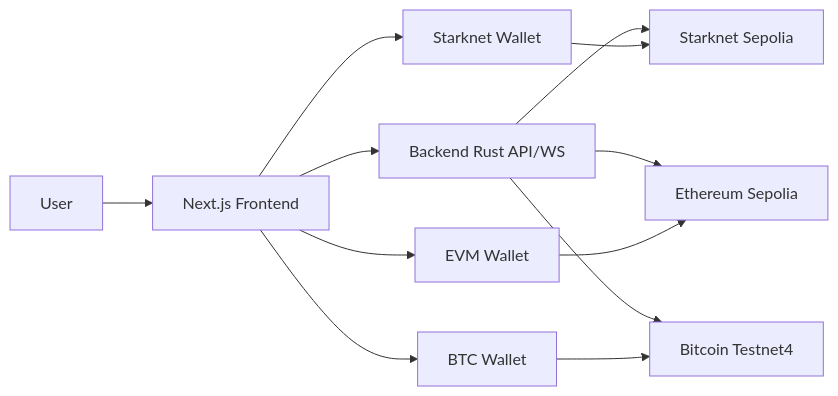
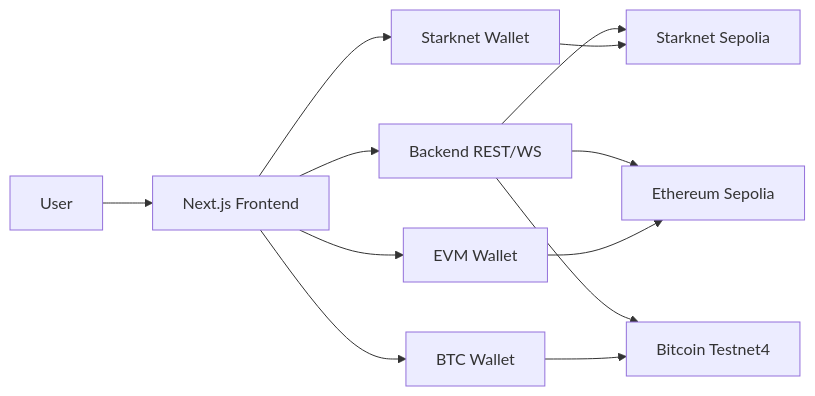
One commit to ntfound-dev/zkcarel_protocol changed the first of 3 diagrams in frontend/README.md. Above: the diagram before and after it, drawn with Mermaid. The commit also changed other lines of this file and 25 other files, not shown here.

````diff
--- a/frontend/README.md
+++ b/frontend/README.md
@@ -110,14 +49,14 @@
 ```mermaid
 flowchart LR
   U[User] --> FE[Next.js Frontend]
-  FE --> API[Backend Rust API/WS]
+  FE --> API[Backend REST/WS]
   FE --> SW[Starknet Wallet]
   FE --> EW[EVM Wallet]
   FE --> BW[BTC Wallet]
   API --> SN[Starknet Sepolia]
   API --> ETH[Ethereum Sepolia]
   API --> BTC[Bitcoin Testnet4]
   SW --> SN
   EW --> ETH
   BW --> BTC
 ```
````
